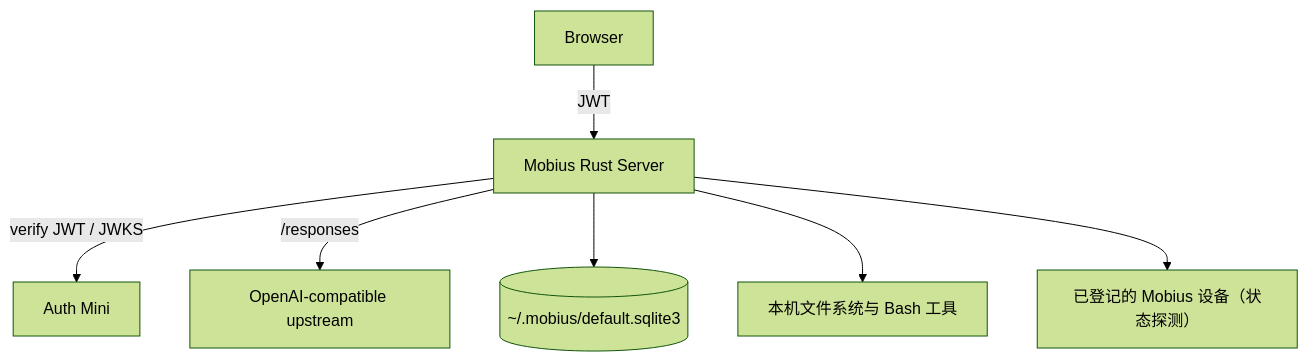
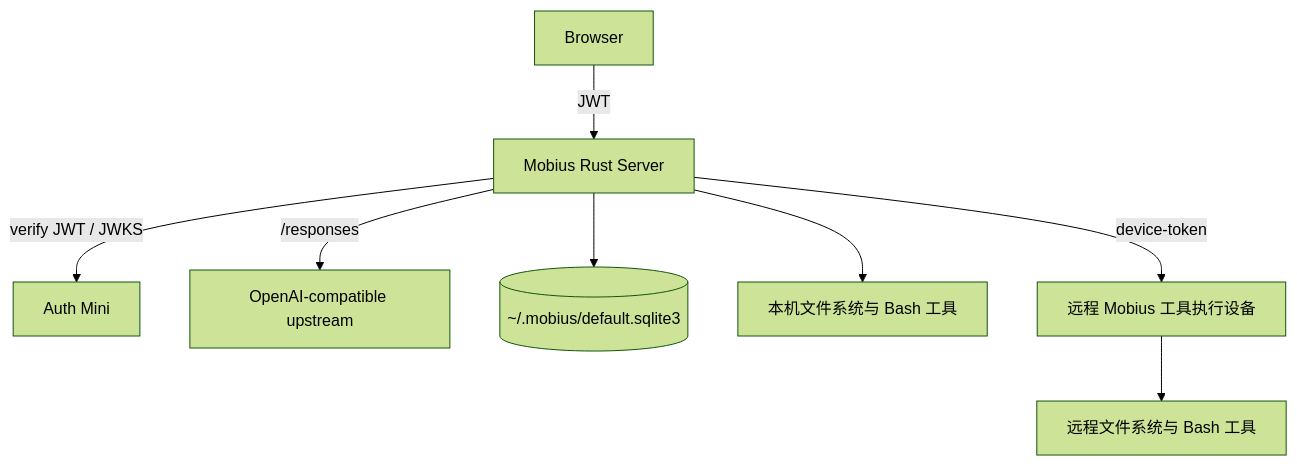
Before and after one commit to zccz14/cybion: the third of 3 diagrams in README.md, drawn with Mermaid (forest theme). The commit also changed other lines of this file and 6 other files, not shown here.

````diff
--- a/README.md
+++ b/README.md
@@ -187,9 +227,10 @@
 ```mermaid
 flowchart TB
   B["Browser"] -->|"JWT"| S["Mobius Rust Server"]
   S -->|"verify JWT / JWKS"| AM["Auth Mini"]
   S -->|"/responses"| O["OpenAI-compatible upstream"]
   S --> DB[("~/.mobius/default.sqlite3")]
   S --> T["本机文件系统与 Bash 工具"]
-  S --> P["已登记的 Mobius 设备（状态探测）"]
+  S -->|"device-token"| P["远程 Mobius 工具执行设备"]
+  P --> PT["远程文件系统与 Bash 工具"]
 ```
````
